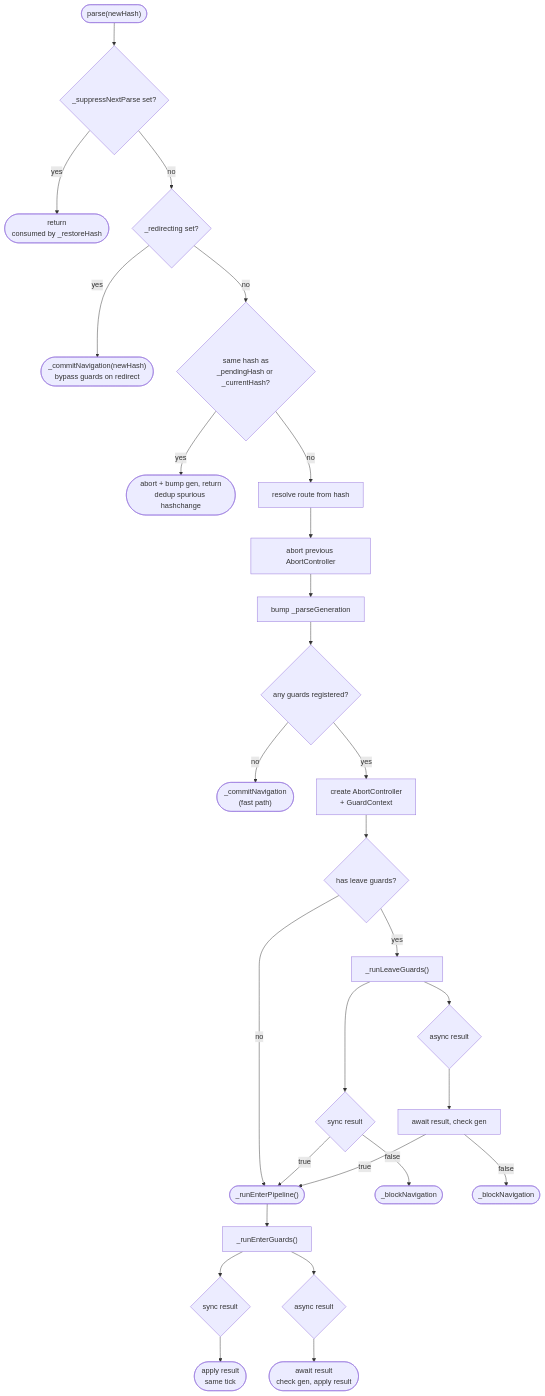
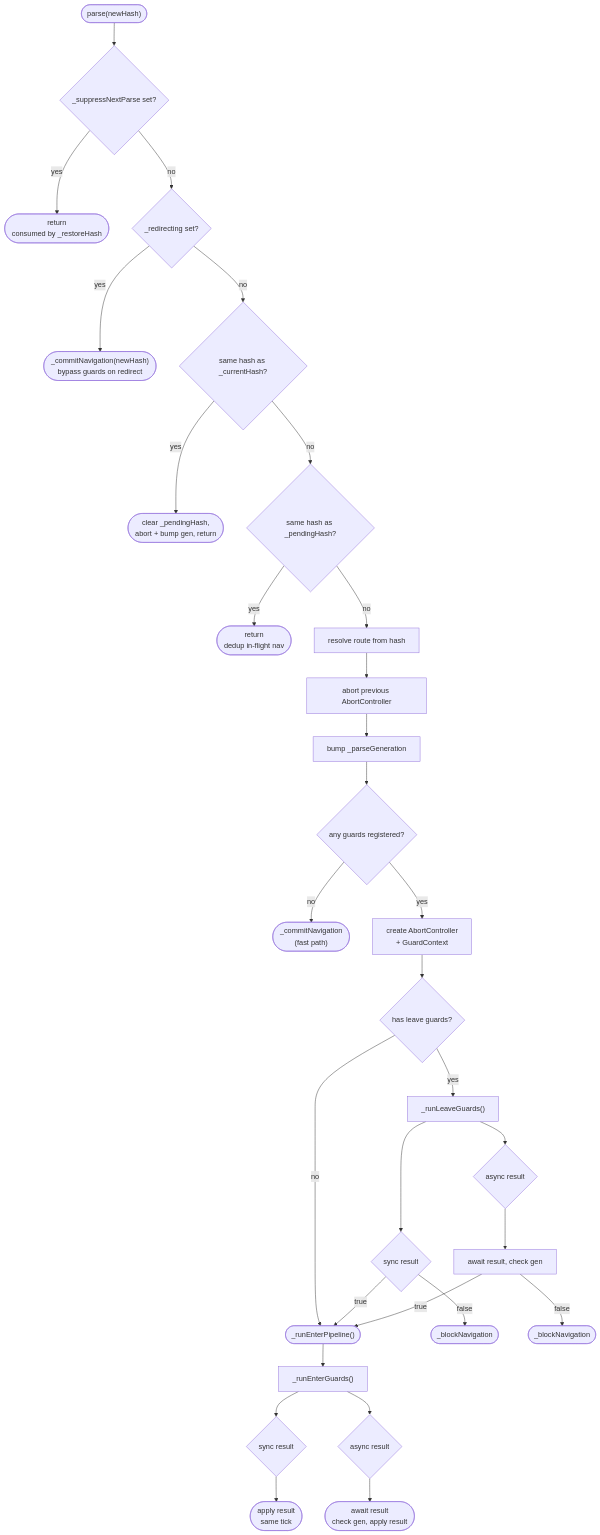
One commit to wridgeu/ui5-guard-router changed the first of 4 diagrams in docs/architecture.md. Above: the diagram before and after it, drawn with Mermaid. The commit also changed other lines of this file and 6 other files, not shown here.

````diff
--- a/docs/architecture.md
+++ b/docs/architecture.md
@@ -123,30 +129,32 @@
 ```mermaid
 flowchart TD
     start(["parse(newHash)"]) --> suppress{_suppressNextParse set?}
     suppress -- yes --> ret1(["return<br/>consumed by _restoreHash"])
     suppress -- no --> redirect{_redirecting set?}
     redirect -- yes --> commit1(["_commitNavigation(newHash)<br/>bypass guards on redirect"])
-    redirect -- no --> samehash{"same hash as<br/>_pendingHash or _currentHash?"}
-    samehash -- yes --> ret2(["abort + bump gen, return<br/>dedup spurious hashchange"])
-    samehash -- no --> resolve[resolve route from hash]
+    redirect -- no --> currhash{"same hash as _currentHash?"}
+    currhash -- yes --> ret2(["clear _pendingHash,<br/>abort + bump gen, return"])
+    currhash -- no --> pendhash{"same hash as _pendingHash?"}
+    pendhash -- yes --> ret3(["return<br/>dedup in-flight nav"])
+    pendhash -- no --> resolve[resolve route from hash]
     resolve --> abort[abort previous AbortController]
     abort --> bump[bump _parseGeneration]
     bump --> guards{any guards registered?}
     guards -- no --> commit2(["_commitNavigation<br/>(fast path)"])
     guards -- yes --> create["create AbortController<br/>+ GuardContext"]
     create --> leave{has leave guards?}
     leave -- no --> enter1(["_runEnterPipeline()"])
     leave -- yes --> runleave["_runLeaveGuards()"]
     runleave --> lsync{sync result}
     runleave --> lasync{async result}
     lsync -- "false" --> lrestore([_blockNavigation])
     lsync -- "true" --> enter1
     lasync --> lawait["await result, check gen"]
     lawait -- "false" --> lblock([_blockNavigation])
     lawait -- "true" --> enter1
     enter1 --> runall["_runEnterGuards()"]
     runall --> esync{sync result}
     runall --> easync{async result}
     esync --> eapply(["apply result<br/>same tick"])
     easync --> eawait(["await result<br/>check gen, apply result"])
 ```
````
